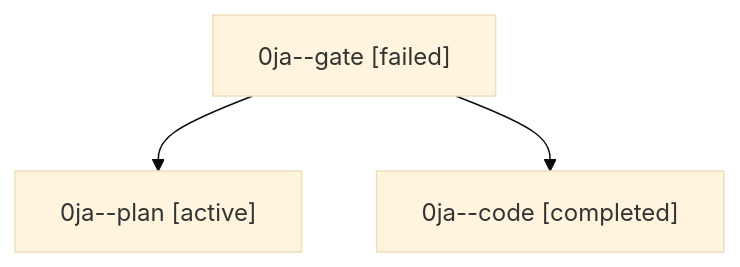
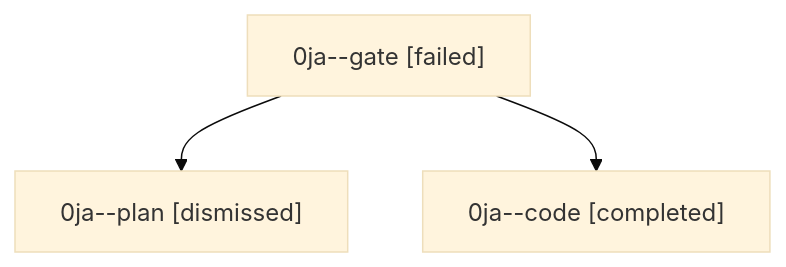
Before and after one commit to sase-org/sase--agents: the diagram in sessions/bbugyi200.athena.0ja.md, drawn with Mermaid (base theme). The commit also changed other lines of this file and 29 other files, not shown here.

````diff
--- a/sessions/bbugyi200.athena.0ja.md
+++ b/sessions/bbugyi200.athena.0ja.md
@@ -9,8 +9,8 @@
 ```mermaid
 flowchart TD
   n0["0ja--gate [failed]"]
-  n1["0ja--plan [active]"]
+  n1["0ja--plan [dismissed]"]
   n0 --> n1
   n2["0ja--code [completed]"]
   n0 --> n2
 ```
````
